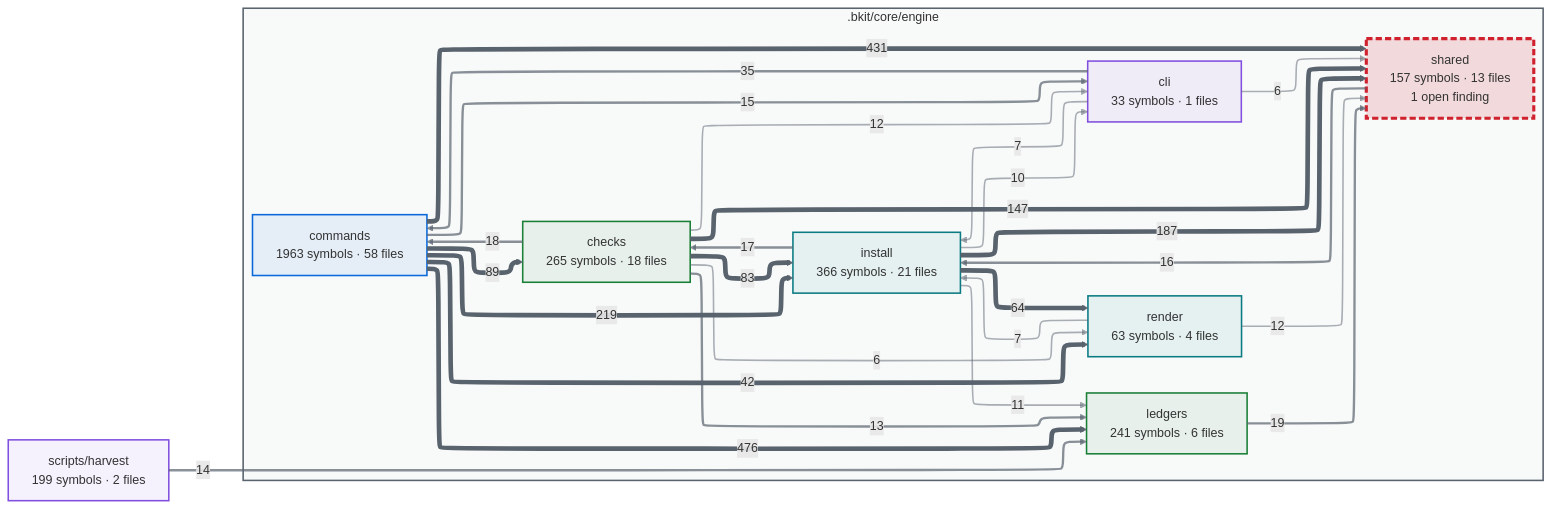
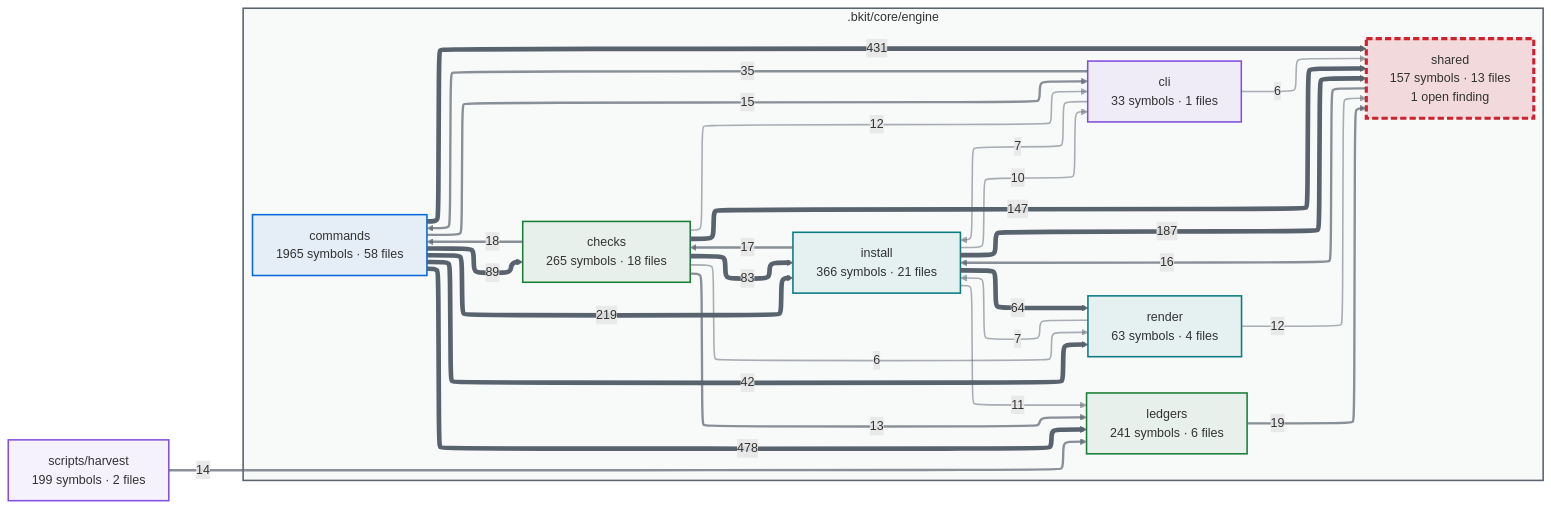
The first of 2 diagrams in docs/capabilities.md (cbartens/bkit), drawn with Mermaid before and after one commit. The commit also changed other lines of this file and 83 other files, not shown here.

````diff
--- a/docs/capabilities.md
+++ b/docs/capabilities.md
@@ -116,80 +116,80 @@
 ```mermaid
 ---
 config:
   layout: elk
   themeCSS: "marker { overflow: visible; } marker path { transform: scale(1.8); transform-origin: 5px 5px; }"
   flowchart:
     useMaxWidth: false
 ---
 flowchart LR
   %% Generated by bkit-graphify-rollup.py — do not edit
   subgraph gn_bkit_core_engine[".bkit/core/engine"]
     n_bkit_core_engine_checks["checks<br/>265 symbols · 18 files"]
     n_bkit_core_engine_cli["cli<br/>33 symbols · 1 files"]
-    n_bkit_core_engine_commands["commands<br/>1963 symbols · 58 files"]
+    n_bkit_core_engine_commands["commands<br/>1965 symbols · 58 files"]
     n_bkit_core_engine_install["install<br/>366 symbols · 21 files"]
     n_bkit_core_engine_ledgers["ledgers<br/>241 symbols · 6 files"]
     n_bkit_core_engine_render["render<br/>63 symbols · 4 files"]
     n_bkit_core_engine_shared["shared<br/>157 symbols · 13 files<br/>1 open finding"]
   end
   nscripts_harvest["scripts/harvest<br/>199 symbols · 2 files"]
-  n_bkit_core_engine_commands -->|476| n_bkit_core_engine_ledgers
+  n_bkit_core_engine_commands -->|478| n_bkit_core_engine_ledgers
   n_bkit_core_engine_commands -->|431| n_bkit_core_engine_shared
   n_bkit_core_engine_commands -->|219| n_bkit_core_engine_install
   n_bkit_core_engine_install -->|187| n_bkit_core_engine_shared
   n_bkit_core_engine_checks -->|147| n_bkit_core_engine_shared
   n_bkit_core_engine_commands -->|89| n_bkit_core_engine_checks
   n_bkit_core_engine_checks -->|83| n_bkit_core_engine_install
   n_bkit_core_engine_install -->|64| n_bkit_core_engine_render
   n_bkit_core_engine_commands -->|42| n_bkit_core_engine_render
   n_bkit_core_engine_cli -->|35| n_bkit_core_engine_commands
   n_bkit_core_engine_ledgers -->|19| n_bkit_core_engine_shared
   n_bkit_core_engine_checks -->|18| n_bkit_core_engine_commands
   n_bkit_core_engine_install -->|17| n_bkit_core_engine_checks
   n_bkit_core_engine_shared -->|16| n_bkit_core_engine_install
   n_bkit_core_engine_commands -->|15| n_bkit_core_engine_cli
   nscripts_harvest -->|14| n_bkit_core_engine_ledgers
   n_bkit_core_engine_checks -->|13| n_bkit_core_engine_ledgers
   n_bkit_core_engine_checks -->|12| n_bkit_core_engine_cli
   n_bkit_core_engine_render -->|12| n_bkit_core_engine_shared
   n_bkit_core_engine_install -->|11| n_bkit_core_engine_ledgers
   n_bkit_core_engine_install -->|10| n_bkit_core_engine_cli
   n_bkit_core_engine_cli -->|7| n_bkit_core_engine_install
   n_bkit_core_engine_render -->|7| n_bkit_core_engine_install
   n_bkit_core_engine_checks -->|6| n_bkit_core_engine_render
   n_bkit_core_engine_cli -->|6| n_bkit_core_engine_shared
   style gn_bkit_core_engine fill:#59636e0a,stroke:#59636e,stroke-width:2px
   style n_bkit_core_engine_checks stroke:#1a7f37,stroke-width:2px,fill:#1a7f3714
   style n_bkit_core_engine_cli stroke:#8250df,stroke-width:2px,fill:#8250df14
   style n_bkit_core_engine_commands stroke:#0969da,stroke-width:2px,fill:#0969da14
   style n_bkit_core_engine_install stroke:#0a7b83,stroke-width:2px,fill:#0a7b8314
   style n_bkit_core_engine_ledgers stroke:#1a7f37,stroke-width:2px,fill:#1a7f3714
   style n_bkit_core_engine_render stroke:#0a7b83,stroke-width:2px,fill:#0a7b8314
   style n_bkit_core_engine_shared stroke:#cf222e,stroke-width:4px,stroke-dasharray:8 4,fill:#cf222e26
   style nscripts_harvest stroke:#8250df,stroke-width:2px,fill:#8250df14
   linkStyle 0 stroke:#59636e,stroke-width:6px
   linkStyle 1 stroke:#59636e,stroke-width:6px
   linkStyle 2 stroke:#59636e,stroke-width:6px
   linkStyle 3 stroke:#59636e,stroke-width:6px
   linkStyle 4 stroke:#59636e,stroke-width:6px
   linkStyle 5 stroke:#59636e,stroke-width:6px
   linkStyle 6 stroke:#59636e,stroke-width:6px
   linkStyle 7 stroke:#59636e,stroke-width:6px
   linkStyle 8 stroke:#59636e,stroke-width:6px
   linkStyle 9 stroke:#59636eb3,stroke-width:3px
   linkStyle 10 stroke:#59636eb3,stroke-width:3px
   linkStyle 11 stroke:#59636eb3,stroke-width:3px
   linkStyle 12 stroke:#59636eb3,stroke-width:3px
   linkStyle 13 stroke:#59636eb3,stroke-width:3px
   linkStyle 14 stroke:#59636eb3,stroke-width:3px
   linkStyle 15 stroke:#59636eb3,stroke-width:3px
   linkStyle 16 stroke:#59636eb3,stroke-width:3px
   linkStyle 17 stroke:#59636e80,stroke-width:2px
   linkStyle 18 stroke:#59636e80,stroke-width:2px
   linkStyle 19 stroke:#59636e80,stroke-width:2px
   linkStyle 20 stroke:#59636e80,stroke-width:2px
   linkStyle 21 stroke:#59636e80,stroke-width:2px
   linkStyle 22 stroke:#59636e80,stroke-width:2px
   linkStyle 23 stroke:#59636e80,stroke-width:2px
   linkStyle 24 stroke:#59636e80,stroke-width:2px
 ```
````
